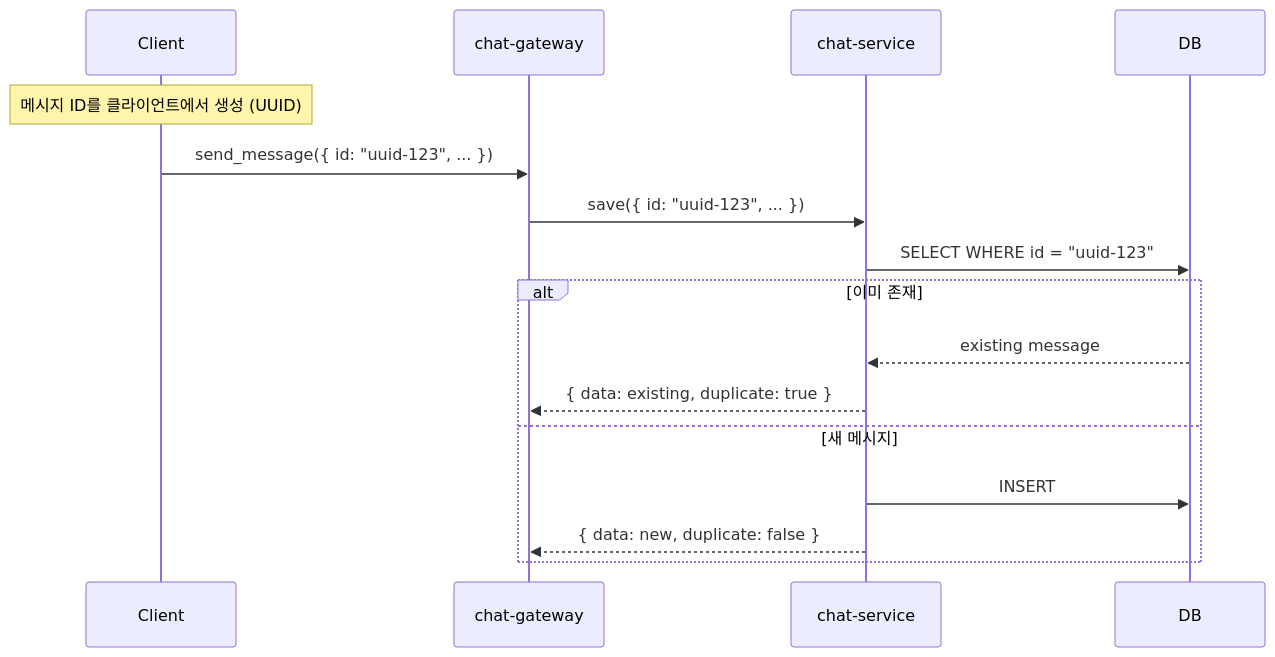
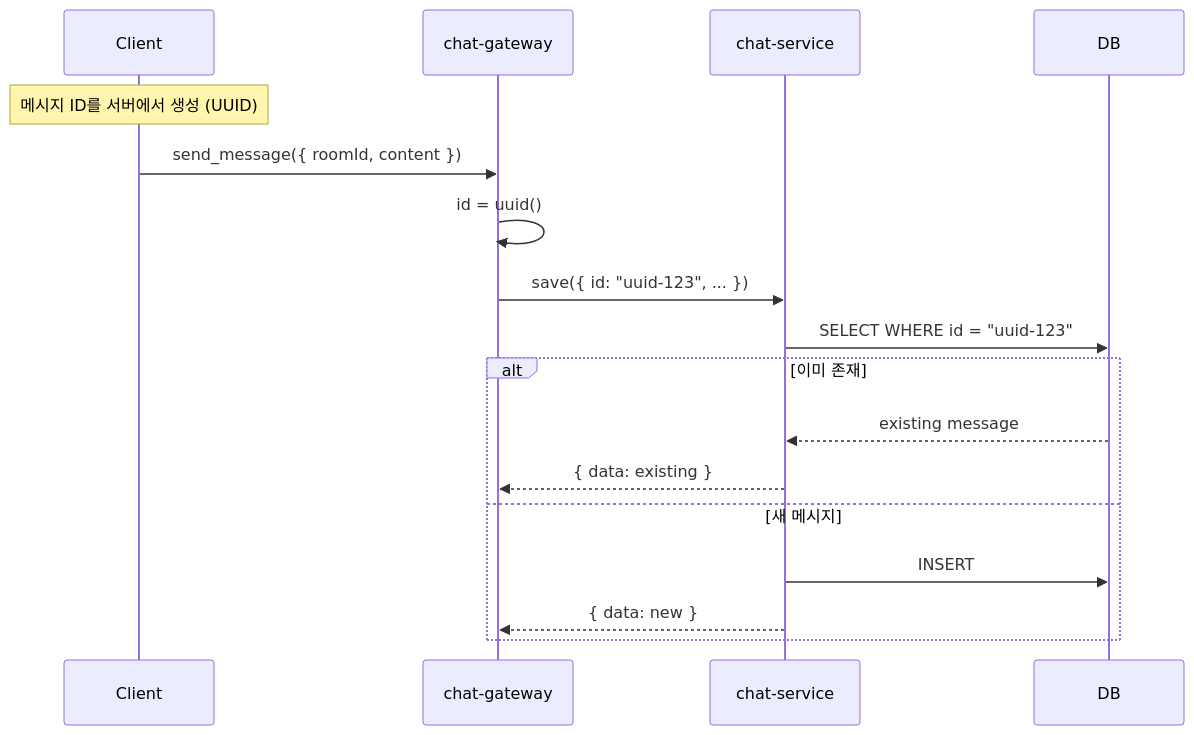
One commit to uniyous/parkgolf-platform changed diagram 26 of 28 in docs/CHAT_WORKFLOW.md. Above: the diagram before and after it, drawn with Mermaid. The commit also changed other lines of this file, not shown here.

````diff
--- a/docs/CHAT_WORKFLOW.md
+++ b/docs/CHAT_WORKFLOW.md
@@ -774,22 +926,23 @@
 ```mermaid
 sequenceDiagram
     participant Client
     participant Gateway as chat-gateway
     participant Service as chat-service
     participant DB
 
-    Note over Client: 메시지 ID를 클라이언트에서 생성 (UUID)
+    Note over Client: 메시지 ID를 서버에서 생성 (UUID)
 
-    Client->>Gateway: send_message({ id: "uuid-123", ... })
+    Client->>Gateway: send_message({ roomId, content })
+    Gateway->>Gateway: id = uuid()
     Gateway->>Service: save({ id: "uuid-123", ... })
 
     Service->>DB: SELECT WHERE id = "uuid-123"
 
     alt 이미 존재
         DB-->>Service: existing message
-        Service-->>Gateway: { data: existing, duplicate: true }
+        Service-->>Gateway: { data: existing }
     else 새 메시지
         Service->>DB: INSERT
-        Service-->>Gateway: { data: new, duplicate: false }
+        Service-->>Gateway: { data: new }
     end
 ```
````
